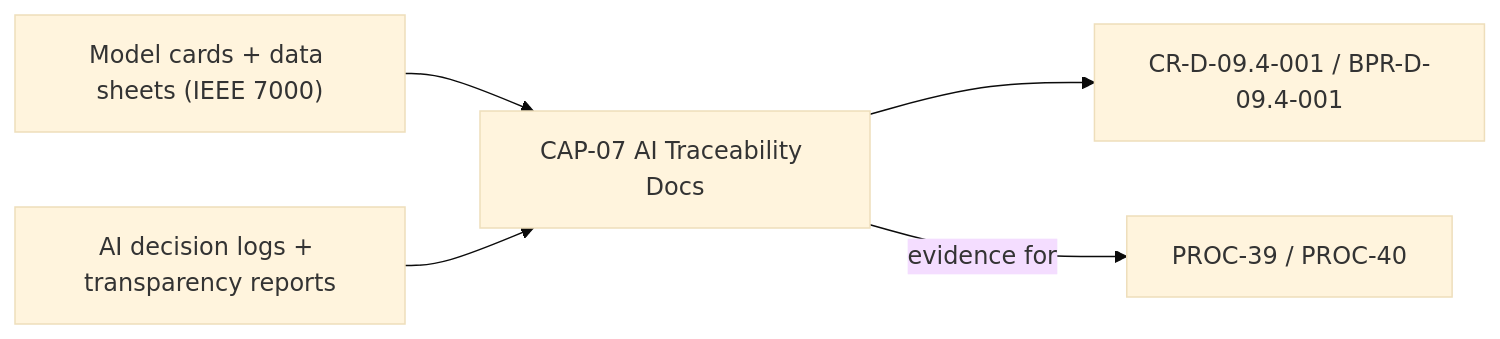
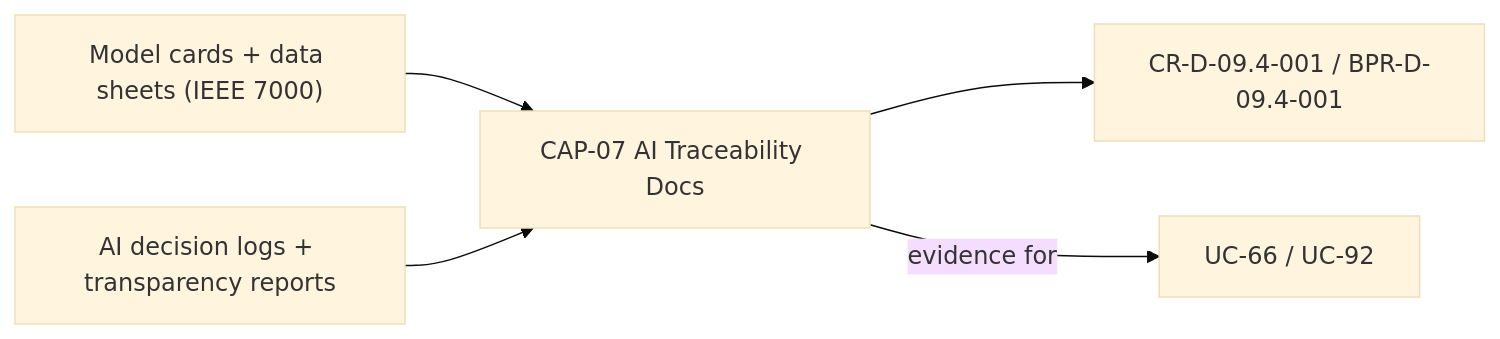
Before and after one commit to pauloribeiro16/Methodology_compact: diagram 57 of 60 in 02_CASES/Case_03_OmniBank_Financial/03_PHASE3_DECOMPOSITION/Doc32_Process_Capability_Cards.md, drawn with Mermaid (base theme). The commit also changed other lines of this file and 14 other files, not shown here.

Commit message:
[EXECUTOR] F1 UC separation Case_03: lane-pure Doc22 v3.0 (33 UCs, PKG-DS), 15 UCs re-laned PROC-41..52/CAP-08..10, PROC-39/40→UC-66/92, Doc32 50P+10C, annexes A8/B33; gates: 2 pre-existing FAILs only, audit 111/111

````diff
--- a/02_CASES/Case_03_OmniBank_Financial/03_PHASE3_DECOMPOSITION/Doc32_Process_Capability_Cards.md
+++ b/02_CASES/Case_03_OmniBank_Financial/03_PHASE3_DECOMPOSITION/Doc32_Process_Capability_Cards.md
@@ -1013,7 +1269,7 @@
 ```mermaid
 graph LR
     CAP["CAP-07 AI Traceability Docs"] --> R1["CR-D-09.4-001 / BPR-D-09.4-001"]
     P1["Model cards + data sheets (IEEE 7000)"] --> CAP
     P2["AI decision logs + transparency reports"] --> CAP
-    CAP -->|"evidence for"| PROC39["PROC-39 / PROC-40"]
+    CAP -->|"evidence for"| PROC39["UC-66 / UC-92"]
 ```
````
